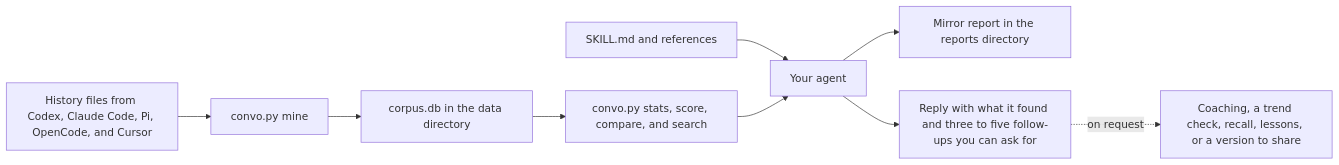
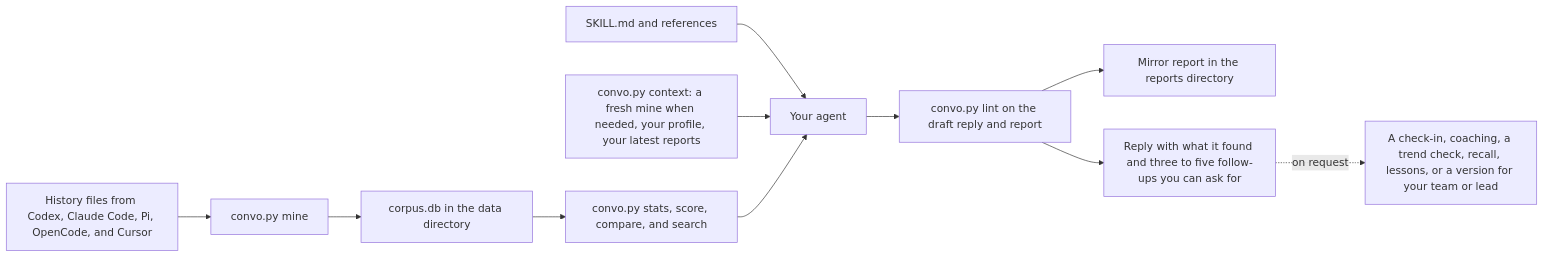
Before and after one commit to javonmcgilberry/skills: the diagram in docs/know-thyself.md, drawn with Mermaid. The commit also changed other lines of this file and 1 other file, not shown here.

Commit message:
docs(know-thyself): document the check-in, the what-you-can-do list, and context in the guide

````diff
--- a/docs/know-thyself.md
+++ b/docs/know-thyself.md
@@ -29,11 +29,13 @@
 ```mermaid
 flowchart LR
     H["History files from Codex, Claude Code, Pi, OpenCode, and Cursor"] --> M["convo.py mine"]
     M --> D["corpus.db in the data directory"]
     D --> Q["convo.py stats, score, compare, and search"]
     K["SKILL.md and references"] --> A["Your agent"]
+    X["convo.py context: a fresh mine when needed, your profile, your latest reports"] --> A
     Q --> A
-    A --> R["Mirror report in the reports directory"]
-    A --> Y["Reply with what it found and three to five follow-ups you can ask for"]
-    Y -.->|on request| C["Coaching, a trend check, recall, lessons, or a version to share"]
+    A --> L["convo.py lint on the draft reply and report"]
+    L --> R["Mirror report in the reports directory"]
+    L --> Y["Reply with what it found and three to five follow-ups you can ask for"]
+    Y -.->|on request| C["A check-in, coaching, a trend check, recall, lessons, or a version for your team or lead"]
 ```
````
